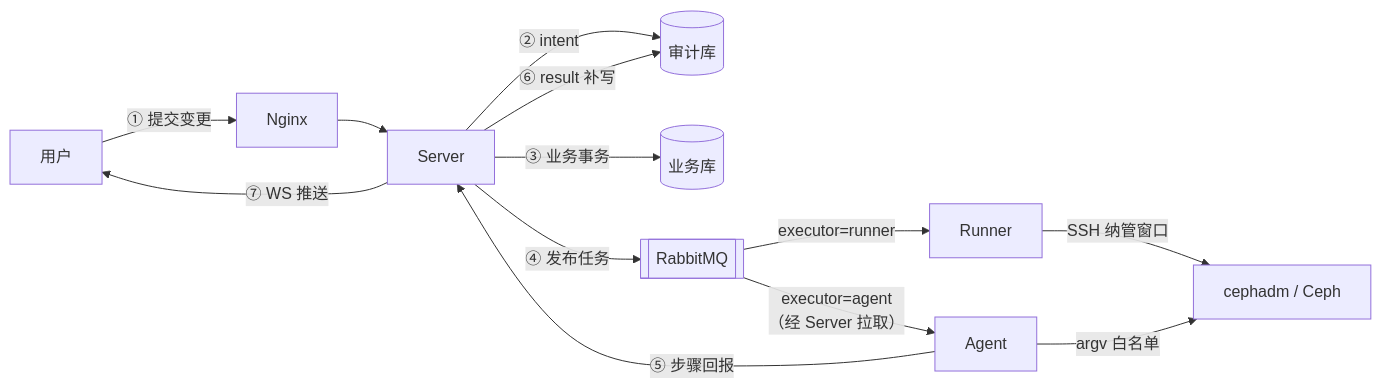
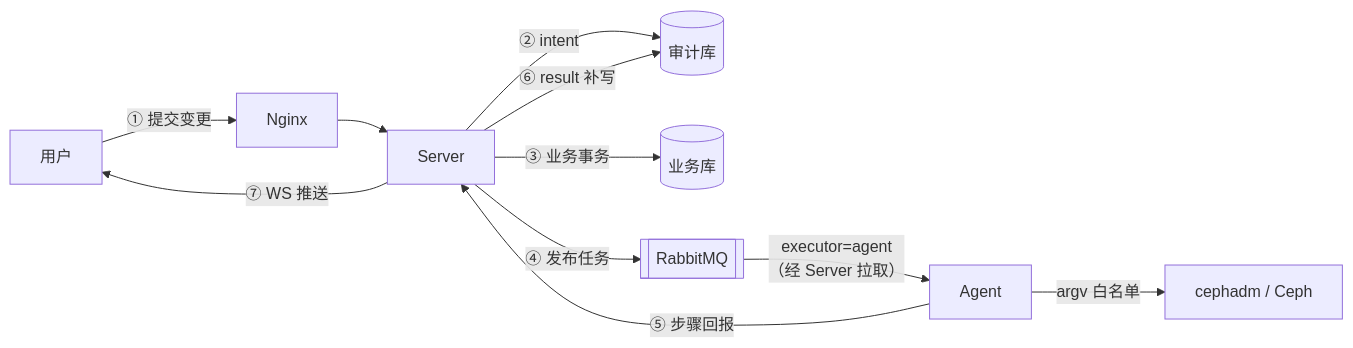
The second of 19 diagrams in docs/02-研发线/04-架构师/架构时序与数据流图册.md (lnsyyj/winter), drawn with Mermaid before and after one commit. The commit also changed other lines of this file and 17 other files, not shown here.

First line of the commit message:
docs(arch): Server 不再碰 Ceph，Agent 预装、运行期零 SSH（ADR-35）

````diff
--- a/docs/02-研发线/04-架构师/架构时序与数据流图册.md
+++ b/docs/02-研发线/04-架构师/架构时序与数据流图册.md
@@ -125,15 +119,13 @@
 ```mermaid
 flowchart LR
   U["用户"] -->|"① 提交变更"| NG["Nginx"]
   NG --> S["Server"]
   S -->|"② intent"| ADB[("审计库")]
   S -->|"③ 业务事务"| PG[("业务库")]
   S -->|"④ 发布任务"| MQ[["RabbitMQ"]]
-  MQ -->|"executor=runner"| RN["Runner"]
   MQ -->|"executor=agent<br/>（经 Server 拉取）"| A["Agent"]
-  RN -->|"SSH 纳管窗口"| CE["cephadm / Ceph"]
-  A -->|"argv 白名单"| CE
+  A -->|"argv 白名单"| CE["cephadm / Ceph"]
   A -->|"⑤ 步骤回报"| S
   S -->|"⑥ result 补写"| ADB
   S -->|"⑦ WS 推送"| U
 ```
````
